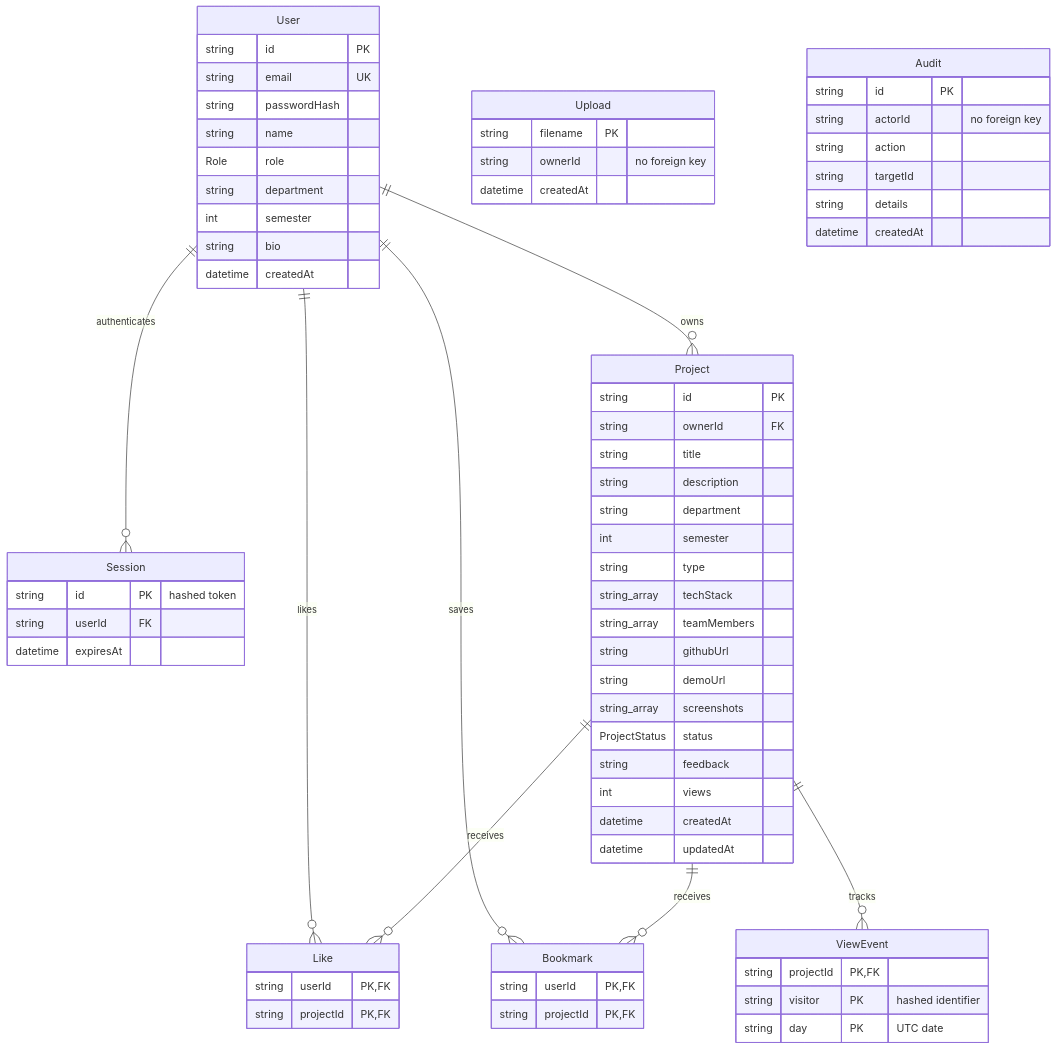
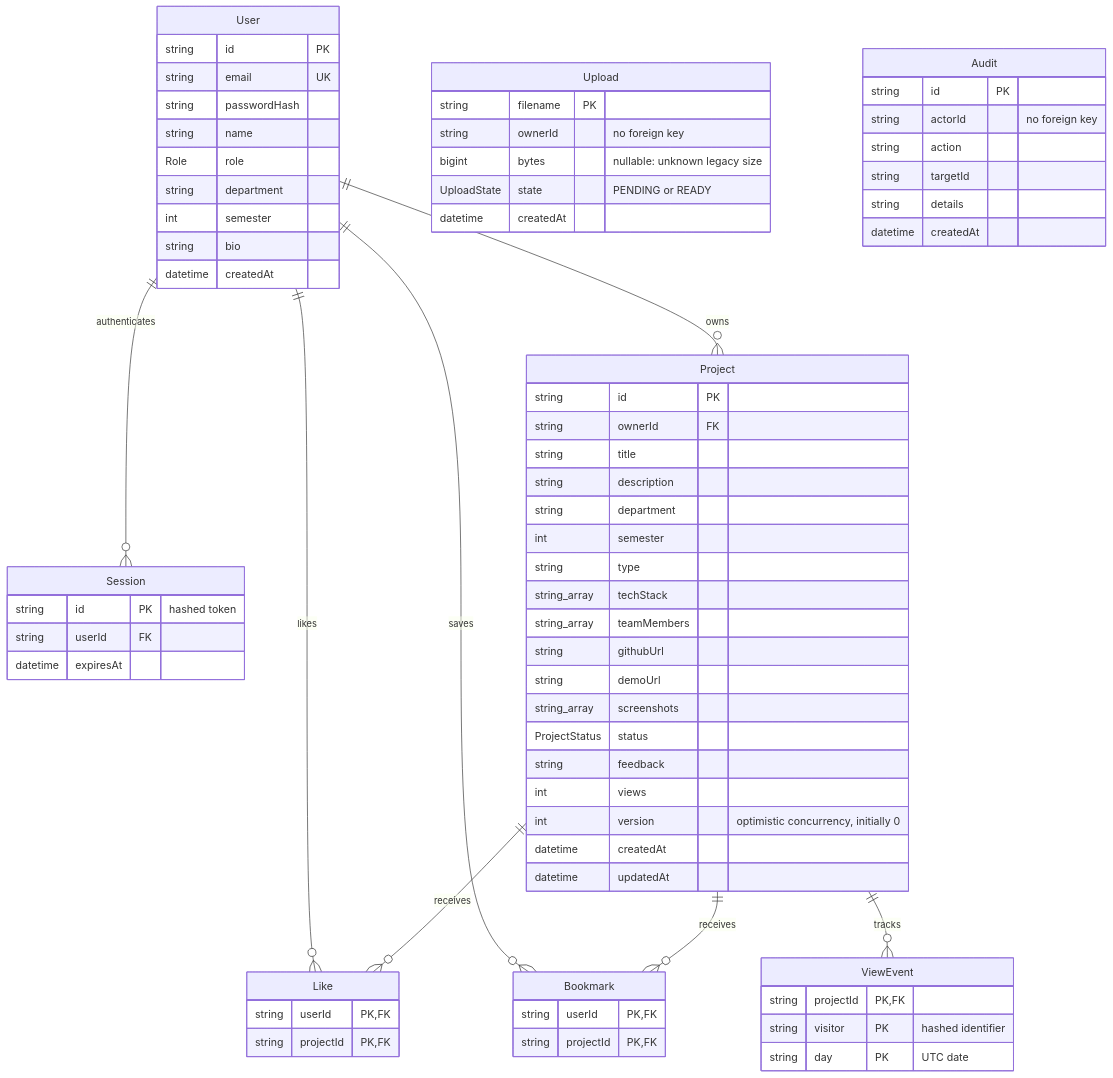
The diagram in docs/ARCHITECTURE.md (9MidhunPM/projecthub), drawn with Mermaid before and after one commit. The commit also changed other lines of this file and 6 other files, not shown here.

````diff
--- a/docs/ARCHITECTURE.md
+++ b/docs/ARCHITECTURE.md
@@ -9,71 +9,74 @@
 ```mermaid
 erDiagram
     User ||--o{ Session : authenticates
     User ||--o{ Project : owns
     User ||--o{ Like : likes
     User ||--o{ Bookmark : saves
     Project ||--o{ Like : receives
     Project ||--o{ Bookmark : receives
     Project ||--o{ ViewEvent : tracks
     User {
       string id PK
       string email UK
       string passwordHash
       string name
       Role role
       string department
       int semester
       string bio
       datetime createdAt
     }
     Session {
       string id PK "hashed token"
       string userId FK
       datetime expiresAt
     }
     Project {
       string id PK
       string ownerId FK
       string title
       string description
       string department
       int semester
       string type
       string_array techStack
       string_array teamMembers
       string githubUrl
       string demoUrl
       string_array screenshots
       ProjectStatus status
       string feedback
       int views
+      int version "optimistic concurrency, initially 0"
       datetime createdAt
       datetime updatedAt
     }
     Like {
       string userId PK,FK
       string projectId PK,FK
     }
     Bookmark {
       string userId PK,FK
       string projectId PK,FK
     }
     ViewEvent {
       string projectId PK,FK
       string visitor PK "hashed identifier"
       string day PK "UTC date"
     }
     Upload {
       string filename PK
       string ownerId "no foreign key"
+      bigint bytes "nullable: unknown legacy size"
+      UploadState state "PENDING or READY"
       datetime createdAt
     }
     Audit {
       string id PK
       string actorId "no foreign key"
       string action
       string targetId
       string details
       datetime createdAt
     }
 ```
````
